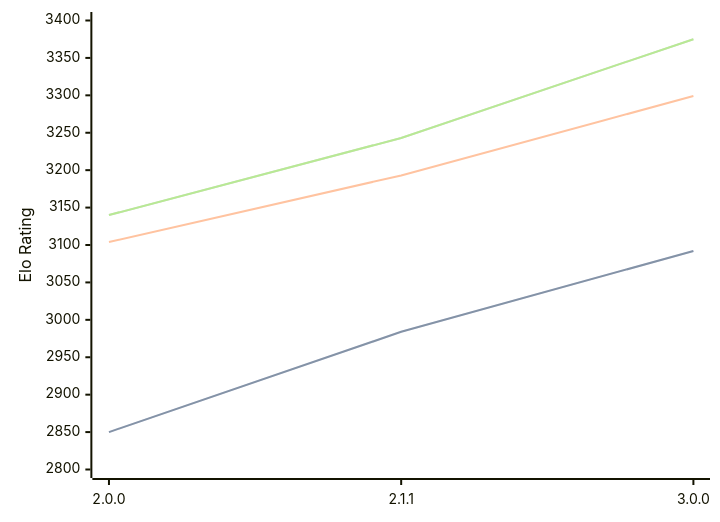
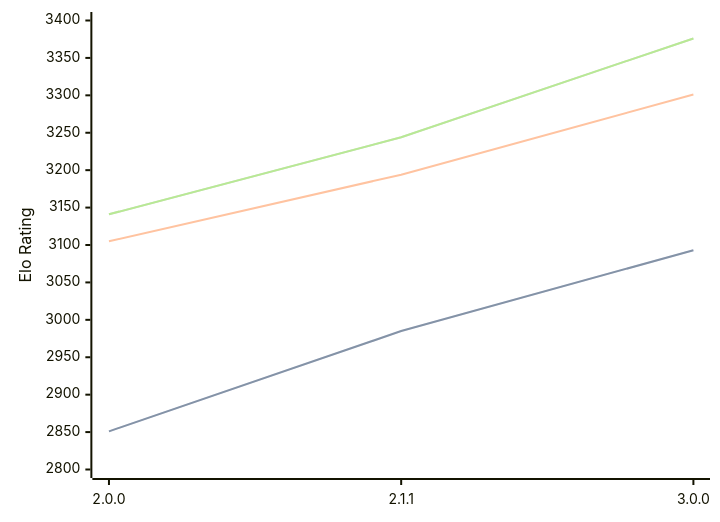
One commit to computer-chess-index/cci changed the diagram in engines/Bread.md. Above: the diagram before and after it, drawn with Mermaid. The commit also changed other lines of this file, not shown here.

Commit message:
Update CCI Ratings (ELO VLTC) - 2026-08-15

````diff
--- a/engines/Bread.md
+++ b/engines/Bread.md
@@ -36,11 +36,11 @@
 ```mermaid
 %%{init: {"theme":"base","themeVariables":{"seriesColors:['#a3a3a3','#222221','#faa371']}}}%%
 xychart-beta
   x-axis ["2.0.0", "2.1.1", "3.0.0"]
   y-axis "Elo Rating" 2800 --> 3400
-  line "STC (8.0+0.08s)" [2850, 2984, 3092]
-  line "STC (8.0+0.08s)" [2850, 2984, 3092]
-  line "LTC (60.0+0.60s)" [3104, 3193, 3299]
-  line "VLTC (2m24s+1.12s)" [3140, 3243, 3375]
-  line "VLTC (2m24s+1.12s)" [3140, 3243, 3375]
+  line "STC (8.0+0.08s)" [2851, 2985, 3093]
+  line "STC (8.0+0.08s)" [2851, 2985, 3093]
+  line "LTC (60.0+0.60s)" [3105, 3194, 3301]
+  line "VLTC (2m24s+1.12s)" [3141, 3244, 3376]
+  line "VLTC (2m24s+1.12s)" [3141, 3244, 3376]
 ```
````
